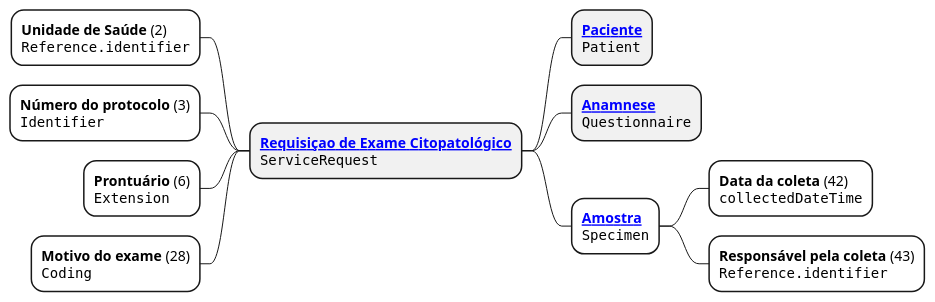
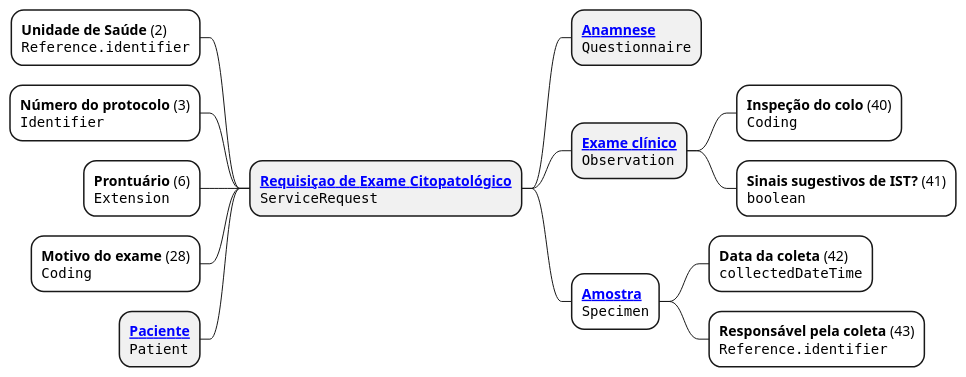
One commit to kyriosdata/farol changed the diagram in input/images-source/requisicao.plantuml. Above: the diagram before and after it, drawn with PlantUML. The commit also changed 2 other files, not shown here.

```diff
--- a/input/images-source/requisicao.plantuml
+++ b/input/images-source/requisicao.plantuml
@@ -1,14 +1,17 @@
 @startmindmap requisicao
 
 + **[[StructureDefinition-requisicao-exame-citopatologico.html Requisiçao de Exame Citopatológico]]**\n""ServiceRequest""
 --[#White] **Unidade de Saúde** (2)\n""Reference.identifier""
 --[#White] **Número do protocolo** (3)\n""Identifier""
 --[#White] **Prontuário** (6)\n""Extension""
 --[#White] **Motivo do exame** (28)\n""Coding""
-++ **[[StructureDefinition-paciente.html Paciente]]**\n""Patient""
-++ **[[StructureDefinition-questionnarire-anamnese-exame-citopatologico.html Anamnese]]**\n""Questionnaire""
+-- **[[StructureDefinition-paciente.html Paciente]]**\n""Patient""
+++ **[[Questionnaire-anamnese-exame-citopatologico.html Anamnese]]**\n""Questionnaire""
+++ **[[StructureDefinition-exame-clinico.html Exame clínico]]**\n""Observation""
++++[#White] **Inspeção do colo** (40)\n""Coding""
++++[#White] **Sinais sugestivos de IST?** (41)\n""boolean""
 ++[#White] **[[StructureDefinition-amostra-requisicao.html Amostra]]**\n""Specimen""
 +++[#White] **Data da coleta** (42)\n""collectedDateTime""
 +++[#White] **Responsável pela coleta** (43)\n""Reference.identifier""
 
 @enduml
```
